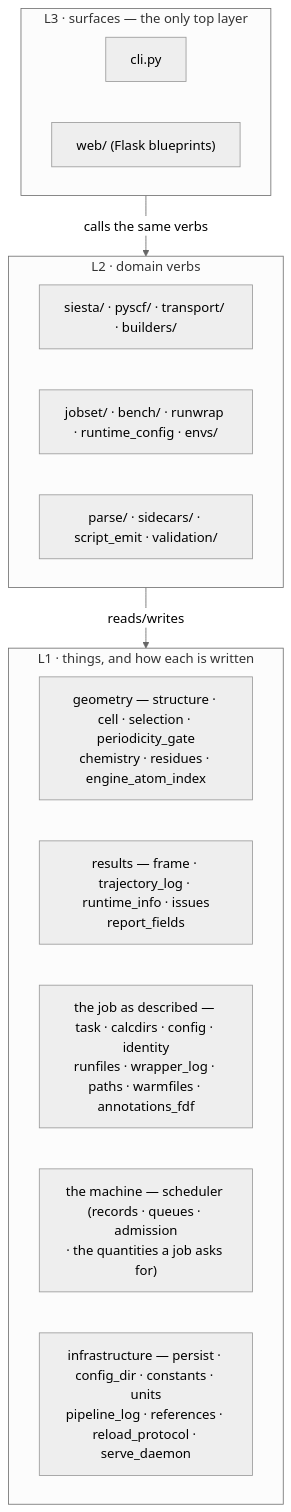
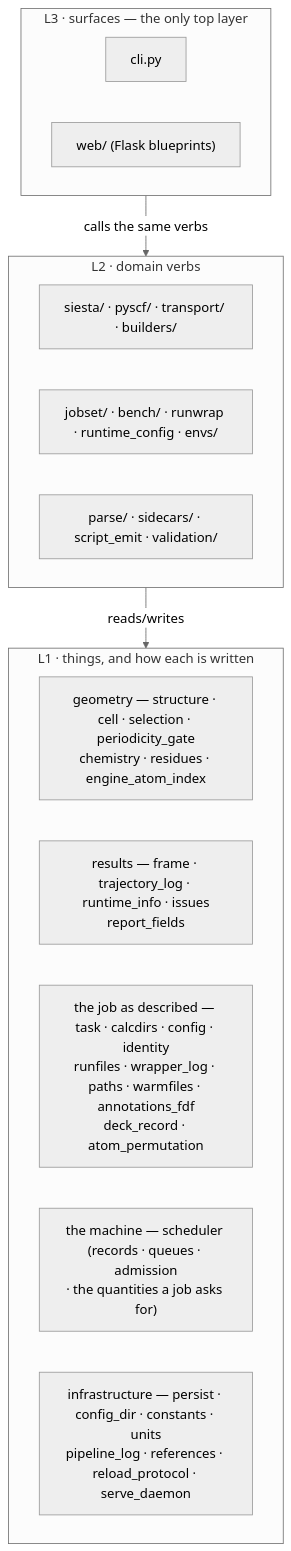
Before and after one commit to Qing-LAB/molbuilder: the diagram in docs/architecture.md, drawn with Mermaid (neutral theme). The commit also changed other lines of this file and 61 other files, not shown here.

````diff
--- a/docs/architecture.md
+++ b/docs/architecture.md
@@ -100,21 +100,21 @@
 ```mermaid
 flowchart TB
   subgraph L3["L3 · surfaces — the only top layer"]
     CLI["cli.py"]
     WEB["web/ (Flask blueprints)"]
   end
   subgraph L2["L2 · domain verbs"]
     ENG["siesta/ · pyscf/ · transport/ · builders/"]
     EXE["jobset/ · bench/ · runwrap · runtime_config · envs/"]
     RW["parse/ · sidecars/ · script_emit · validation/"]
   end
   subgraph L1["L1 · things, and how each is written"]
     GEO["geometry — structure · cell · selection · periodicity_gate<br/>chemistry · residues · engine_atom_index"]
     RES["results — frame · trajectory_log · runtime_info · issues<br/>report_fields"]
-    JOB["the job as described — task · calcdirs · config · identity<br/>runfiles · wrapper_log · paths · warmfiles · annotations_fdf"]
+    JOB["the job as described — task · calcdirs · config · identity<br/>runfiles · wrapper_log · paths · warmfiles · annotations_fdf<br/>deck_record · atom_permutation"]
     MACH["the machine — scheduler (records · queues · admission<br/>· the quantities a job asks for)"]
     INF["infrastructure — persist · config_dir · constants · units<br/>pipeline_log · references · reload_protocol · serve_daemon"]
   end
   L3 -->|calls the same verbs| L2
   L2 -->|reads/writes| L1
 ```
````
